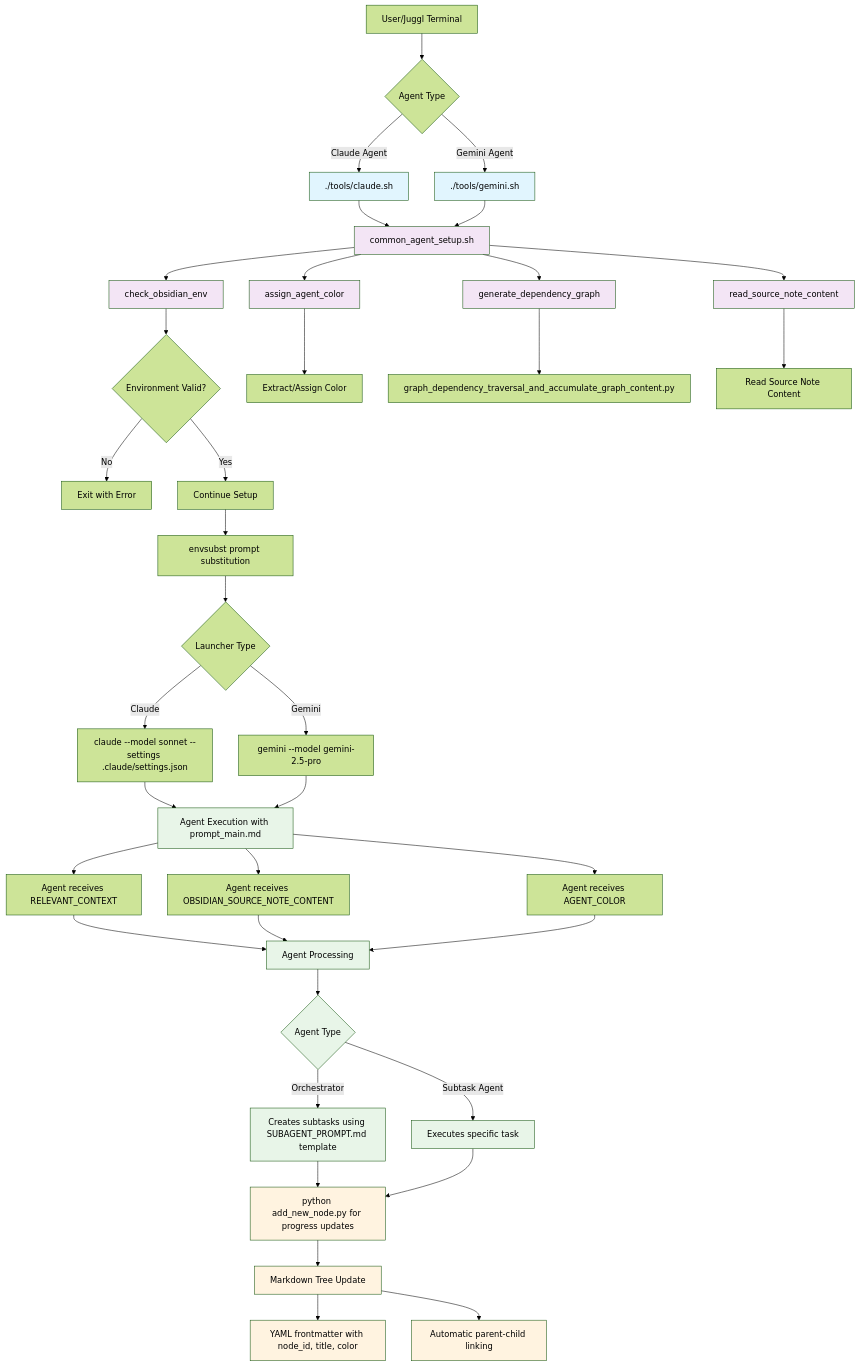
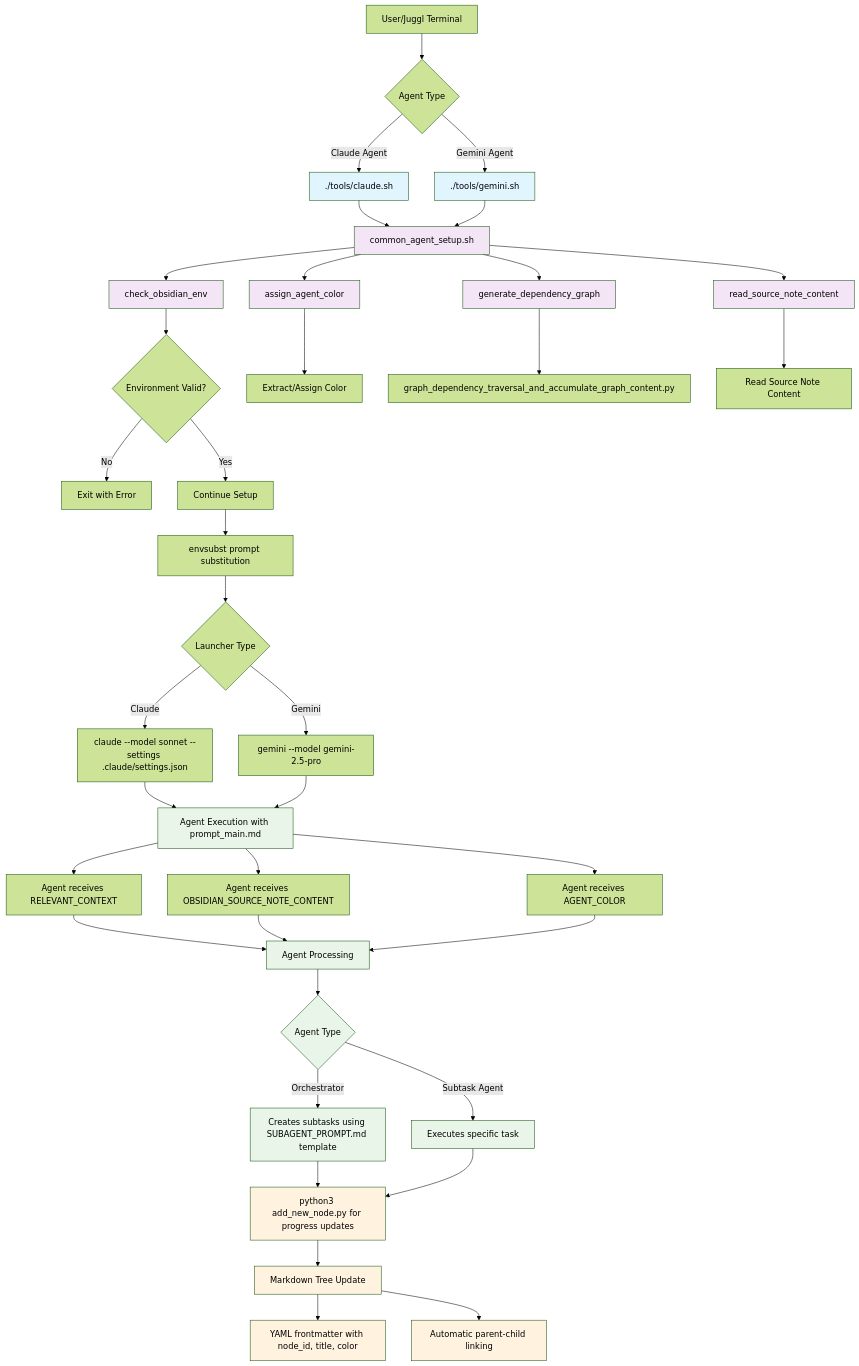
The diagram in tools/README.md (voicetreelab/voicetree), drawn with Mermaid (forest theme) before and after one commit. The commit also changed other lines of this file and 41 other files, not shown here.

````diff
--- a/tools/README.md
+++ b/tools/README.md
@@ -9,59 +9,59 @@
 ```mermaid
 flowchart TD
     A[User/Juggl Terminal] --> B{Agent Type}
     B -->|Claude Agent| C[./tools/claude.sh]
     B -->|Gemini Agent| D[./tools/gemini.sh]
     
     C --> E[common_agent_setup.sh]
     D --> E
     
     E --> F[check_obsidian_env]
     E --> G[assign_agent_color]
     E --> H[generate_dependency_graph]
     E --> I[read_source_note_content]
     
     F --> J{Environment Valid?}
     J -->|No| K[Exit with Error]
     J -->|Yes| L[Continue Setup]
     
     G --> M[Extract/Assign Color]
     H --> N[graph_dependency_traversal_and_accumulate_graph_content.py]
     I --> O[Read Source Note Content]
     
     L --> P[envsubst prompt substitution]
     P --> Q{Launcher Type}
     Q -->|Claude| R[claude --model sonnet --settings .claude/settings.json]
     Q -->|Gemini| S[gemini --model gemini-2.5-pro]
     
     R --> T[Agent Execution with prompt_main.md]
     S --> T
     
     T --> U[Agent receives RELEVANT_CONTEXT]
     T --> V[Agent receives OBSIDIAN_SOURCE_NOTE_CONTENT]
     T --> W[Agent receives AGENT_COLOR]
     
     U --> X[Agent Processing]
     V --> X
     W --> X
     
     X --> Y{Agent Type}
     Y -->|Orchestrator| Z[Creates subtasks using SUBAGENT_PROMPT.md template]
     Y -->|Subtask Agent| AA[Executes specific task]
     
-    Z --> BB[python add_new_node.py for subtask creation]
-    AA --> BB[python add_new_node.py for progress updates]
+    Z --> BB[python3 add_new_node.py for subtask creation]
+    AA --> BB[python3 add_new_node.py for progress updates]
     
     BB --> CC[Markdown Tree Update]
     CC --> DD[YAML frontmatter with node_id, title, color]
     CC --> EE[Automatic parent-child linking]
     
     classDef launcher fill:#e1f5fe
     classDef setup fill:#f3e5f5
     classDef agent fill:#e8f5e8
     classDef output fill:#fff3e0
     
     class C,D launcher
     class E,F,G,H,I setup
     class T,X,Y,Z,AA agent
     class BB,CC,DD,EE output
 ```
````
